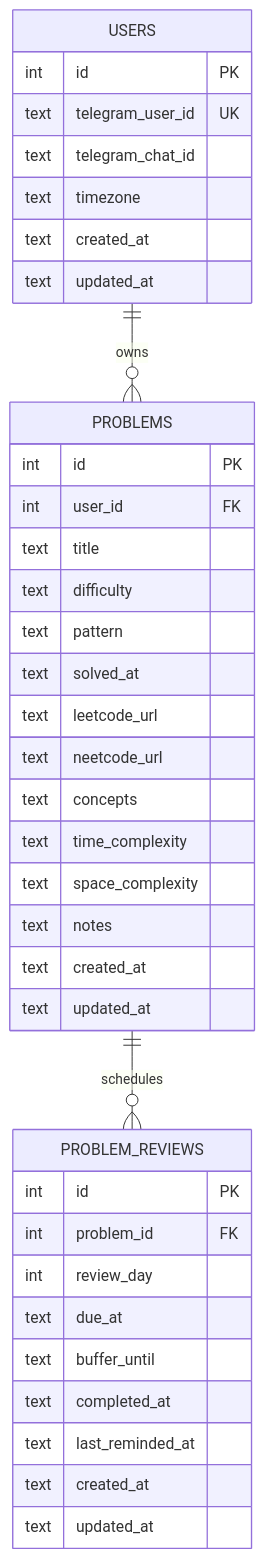
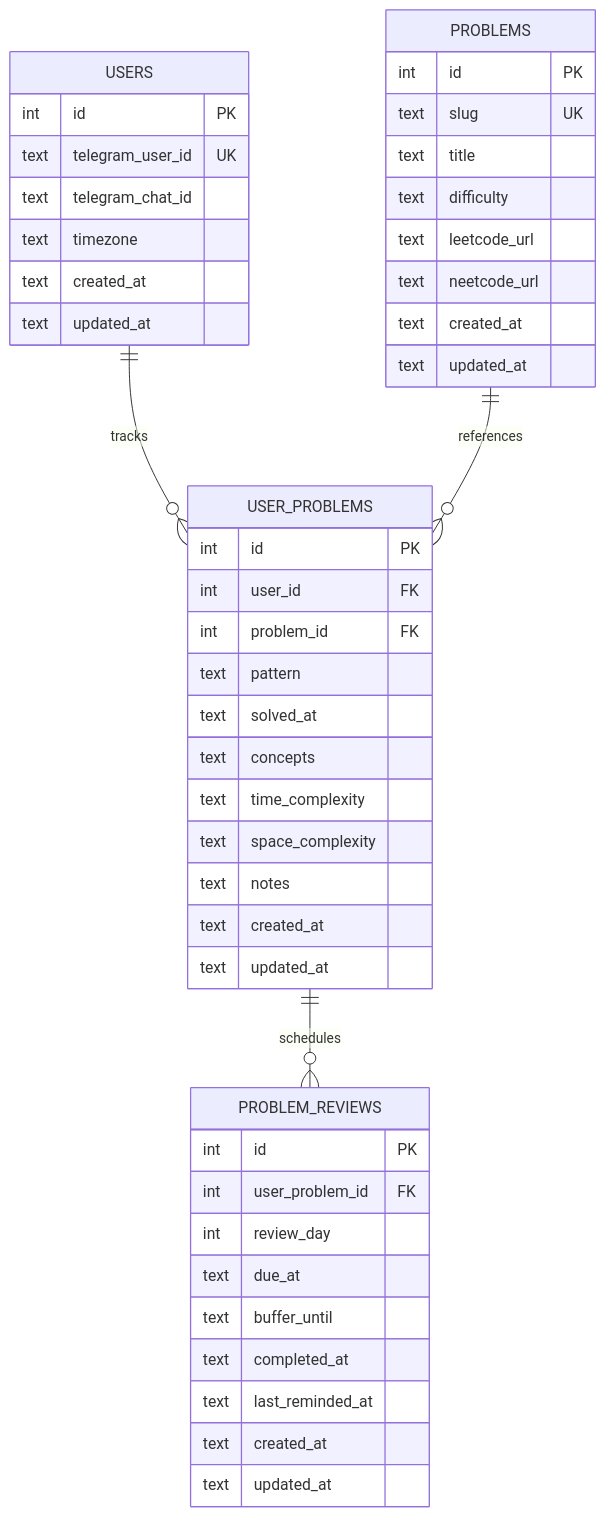
One commit to nayyer28/leetcoach changed the diagram in docs/v1-spec.md. Above: the diagram before and after it, drawn with Mermaid. The commit also changed other lines of this file, not shown here.

Commit message:
docs: split canonical problems from user tracking

````diff
--- a/docs/v1-spec.md
+++ b/docs/v1-spec.md
@@ -20,43 +20,52 @@
 ```mermaid
 erDiagram
-    USERS ||--o{ PROBLEMS : owns
-    PROBLEMS ||--o{ PROBLEM_REVIEWS : schedules
+    USERS ||--o{ USER_PROBLEMS : tracks
+    PROBLEMS ||--o{ USER_PROBLEMS : references
+    USER_PROBLEMS ||--o{ PROBLEM_REVIEWS : schedules
 
     USERS {
       int id PK
       text telegram_user_id UK
       text telegram_chat_id
       text timezone
       text created_at
       text updated_at
     }
 
     PROBLEMS {
       int id PK
-      int user_id FK
+      text slug UK
       text title
       text difficulty
+      text leetcode_url
+      text neetcode_url
+      text created_at
+      text updated_at
+    }
+
+    USER_PROBLEMS {
+      int id PK
+      int user_id FK
+      int problem_id FK
       text pattern
       text solved_at
-      text leetcode_url
-      text neetcode_url
       text concepts
       text time_complexity
       text space_complexity
       text notes
       text created_at
       text updated_at
     }
 
     PROBLEM_REVIEWS {
       int id PK
-      int problem_id FK
+      int user_problem_id FK
       int review_day
       text due_at
       text buffer_until
       text completed_at
       text last_reminded_at
       text created_at
       text updated_at
     }
 ```
````
